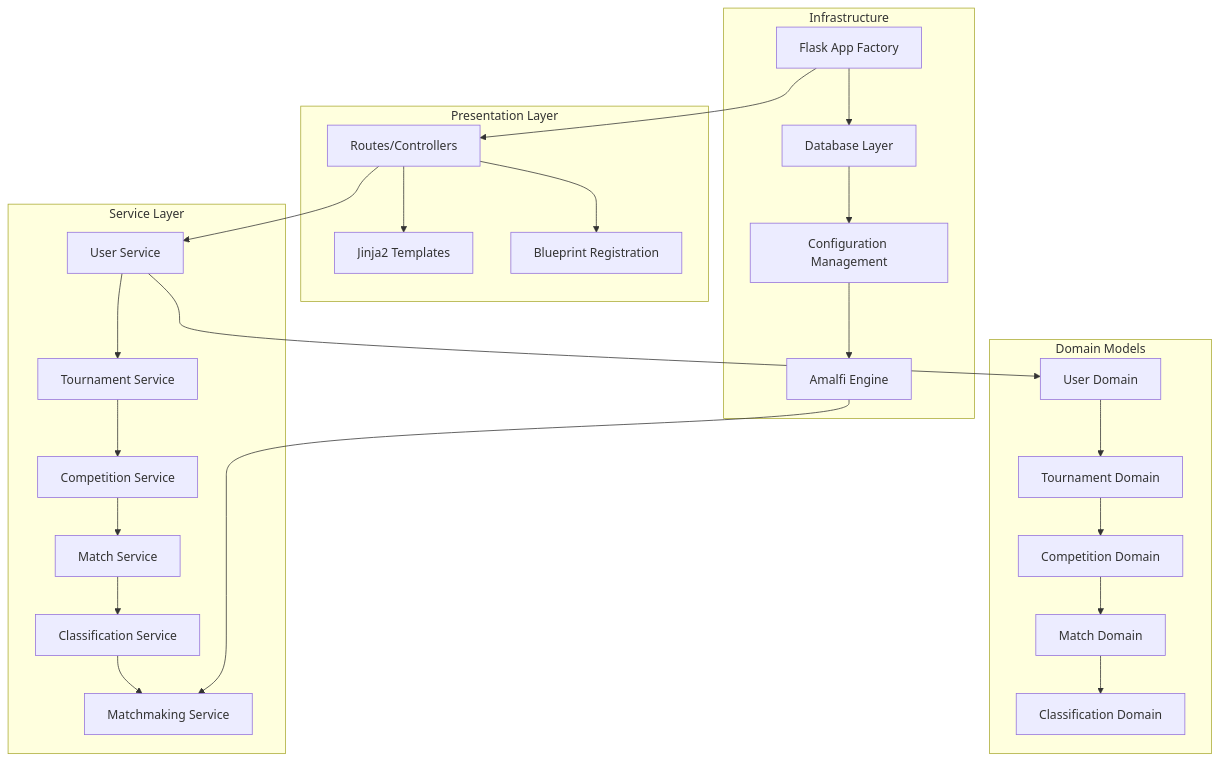
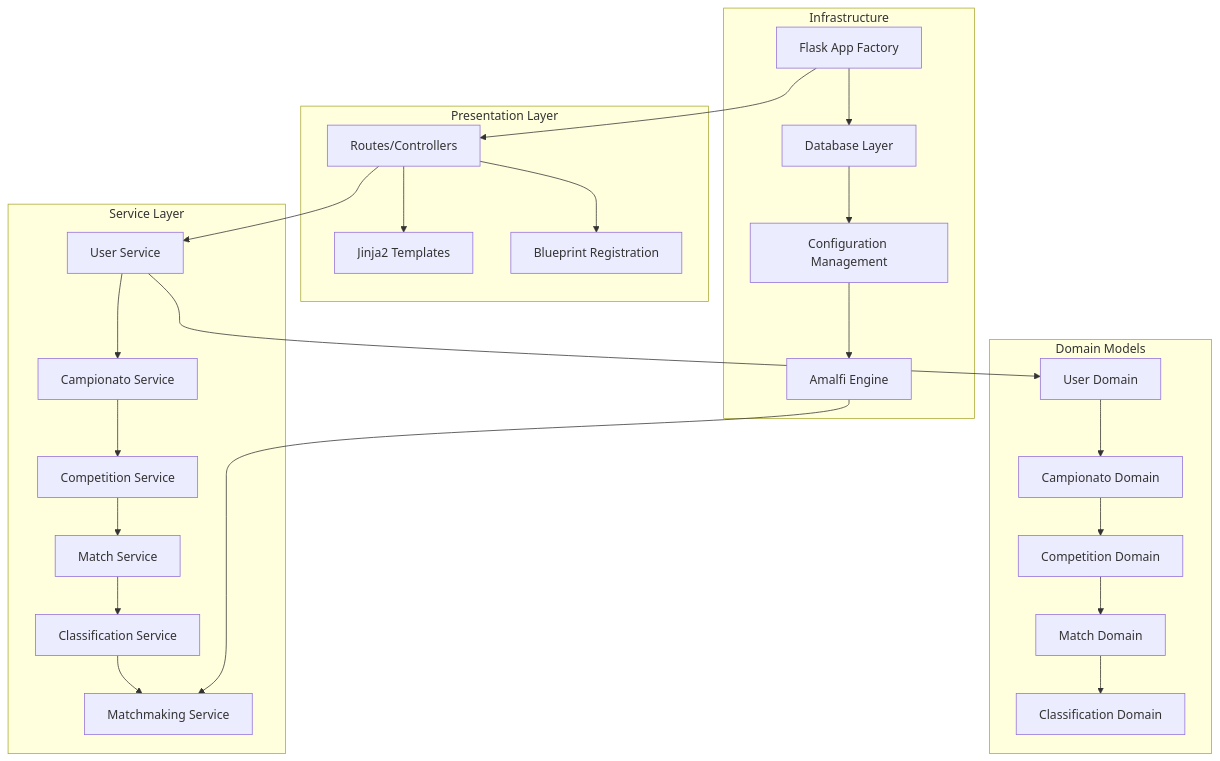
The first of 6 diagrams in .qoder/quests/code-refactoring.md (coppolapaolo/tornei-biliardo), drawn with Mermaid before and after one commit. The commit also changed other lines of this file and 277 other files, not shown here.

First line of the commit message:
refactor: rename Prova->Gara and Tournament/Torneo->Campionato

````diff
--- a/.qoder/quests/code-refactoring.md
+++ b/.qoder/quests/code-refactoring.md
@@ -35,33 +35,33 @@
 ```mermaid
 graph TB
     subgraph "Presentation Layer"
         A[Routes/Controllers] --> B[Jinja2 Templates]
         A --> C[Blueprint Registration]
     end
     
     subgraph "Service Layer"
-        D[User Service] --> E[Tournament Service]
+        D[User Service] --> E[Campionato Service]
         E --> F[Competition Service]
         F --> G[Match Service]
         G --> H[Classification Service]
         H --> I[Matchmaking Service]
     end
     
     subgraph "Domain Models"
-        J[User Domain] --> K[Tournament Domain]
+        J[User Domain] --> K[Campionato Domain]
         K --> L[Competition Domain]
         L --> M[Match Domain]
         M --> N[Classification Domain]
     end
     
     subgraph "Infrastructure"
         O[Flask App Factory] --> P[Database Layer]
         P --> Q[Configuration Management]
         Q --> R[Amalfi Engine]
     end
     
     A --> D
     D --> J
     O --> A
     R --> I
 ```
````
